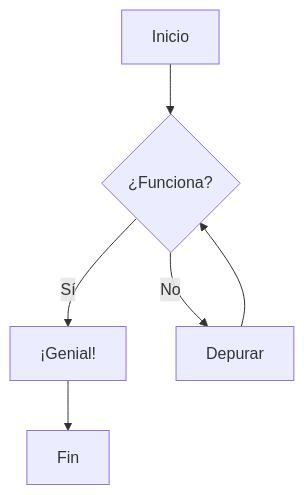
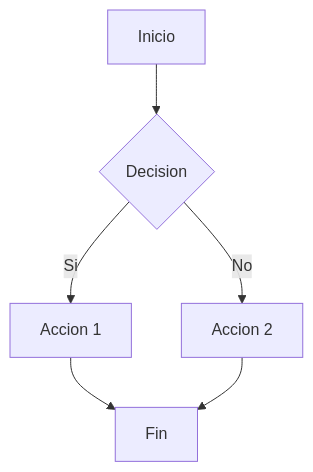
Before and after one commit to qazuor/markdown-previewer: the first of 3 diagrams in src/assets/welcome-es.md, drawn with Mermaid. The commit also changed other lines of this file and 2 other files, not shown here.

````diff
--- a/src/assets/welcome-es.md
+++ b/src/assets/welcome-es.md
@@ -68,8 +141,8 @@
 ```mermaid
 graph TD
-    A[Inicio] --> B{¿Funciona?}
-    B -->|Sí| C[¡Genial!]
-    B -->|No| D[Depurar]
-    D --> B
+    A[Inicio] --> B{Decision}
+    B -->|Si| C[Accion 1]
+    B -->|No| D[Accion 2]
     C --> E[Fin]
+    D --> E
 ```
````
